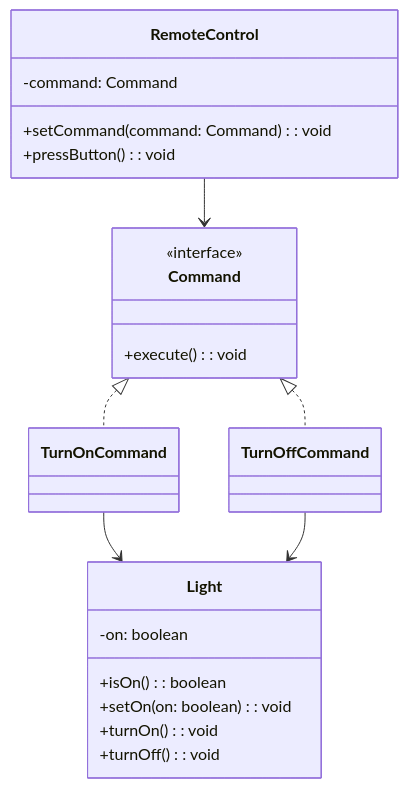
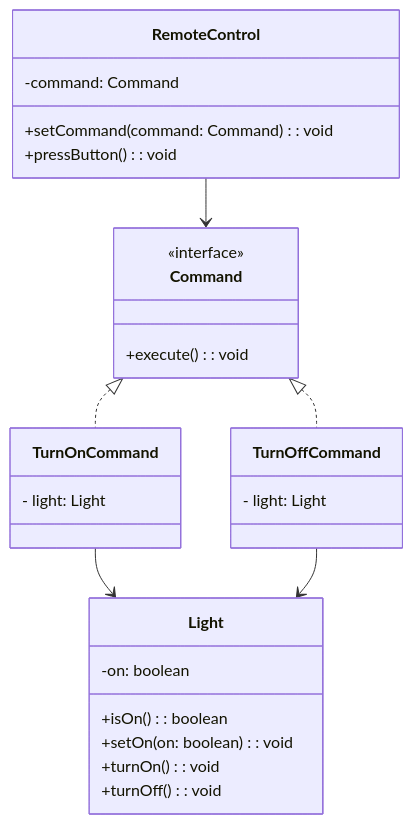
The diagram in _notes/patterns/comportement/pattern-command.md (ophenix-maisonneuve/420-930-ma-site-web), drawn with Mermaid before and after one commit. The commit also changed other lines of this file and 1 other file, not shown here.

Commit message:
corrections mineures diagrammes classes command et observer

````diff
--- a/_notes/patterns/comportement/pattern-command.md
+++ b/_notes/patterns/comportement/pattern-command.md
@@ -28,24 +28,32 @@
 ```mermaid
 classDiagram
 class Command {
   <<interface>>
   +execute(): void
 }
-Command <|.. TurnOnCommand
-Command <|.. TurnOffCommand
+
 class RemoteControl {
   -command: Command
   +setCommand(command: Command): void
   +pressButton(): void
 }
 class Light {
   -on: boolean
   +isOn(): boolean
   +setOn(on: boolean): void
   +turnOn(): void
   +turnOff(): void
 }
+class TurnOnCommand {
+    - light: Light
+}
+class TurnOffCommand {
+    - light: Light
+}
+
+Command <|.. TurnOnCommand
+Command <|.. TurnOffCommand
 RemoteControl --> Command
 TurnOnCommand --> Light
 TurnOffCommand --> Light
 ```
````
